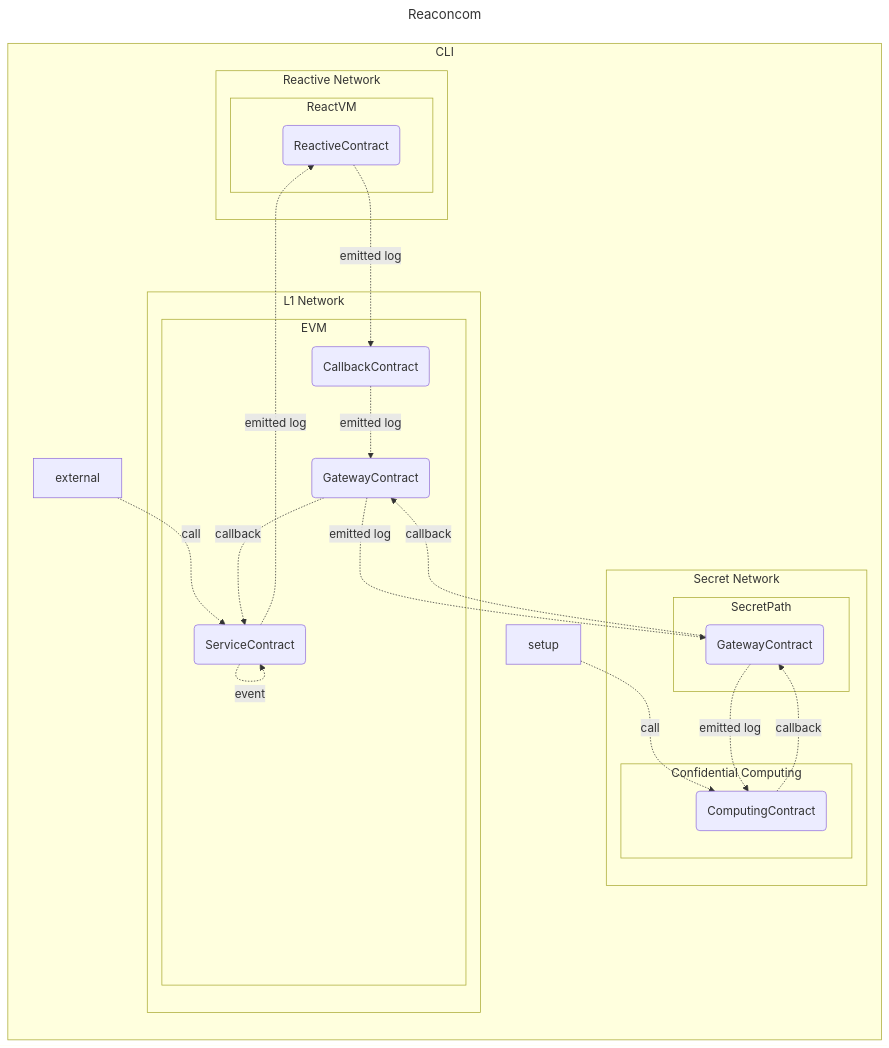
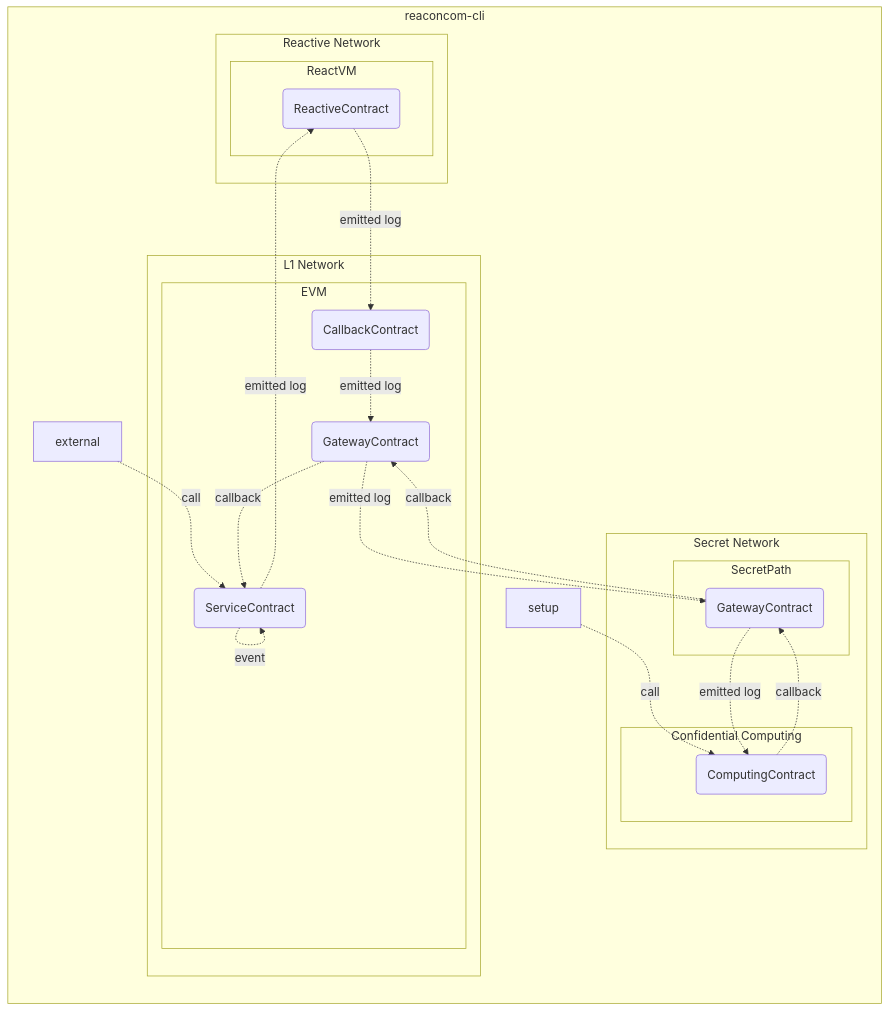
The first of 2 diagrams in readme.md (ilyar/reaconcom), drawn with Mermaid before and after one commit. The commit also changed other lines of this file and 11 other files, not shown here.

````diff
--- a/readme.md
+++ b/readme.md
@@ -5,43 +5,40 @@
 ```mermaid
----
-title: Reaconcom
----
 %%{ init: { 'flowchart': { 'curve': 'basis' } } }%%
 flowchart RL
-    subgraph cli["CLI"]
+    subgraph cli["reaconcom-cli"]
         setup -. call .-> computing
         subgraph SN["Secret Network"]
             subgraph CC["Confidential Computing"]
                 computing("ComputingContract")
             end
             subgraph SPSN["SecretPath"]
                 gatewaySN("GatewayContract")
             end
         end
 
         external -. call .-> appL1
         appL1 -. event .-> appL1
         subgraph L1["L1 Network"]
             subgraph EVM["EVM"]
                 appL1("ServiceContract")
                 сallbackL1("CallbackContract")
                 gatewayL1("GatewayContract")
             end
         end
 
         subgraph RN["Reactive Network"]
             subgraph RVM["ReactVM"]
                 reactiveRN("ReactiveContract")
             end
         end
     end
 
     appL1 -. emitted log .-> reactiveRN
     reactiveRN -. emitted log .-> сallbackL1
     сallbackL1 -. emitted log .-> gatewayL1
     gatewayL1 -. emitted log .-> gatewaySN
     gatewaySN -. emitted log .-> computing
     computing -. callback .-> gatewaySN
     gatewaySN -. callback .-> gatewayL1
     gatewayL1 -. callback .-> appL1
 ```
````
